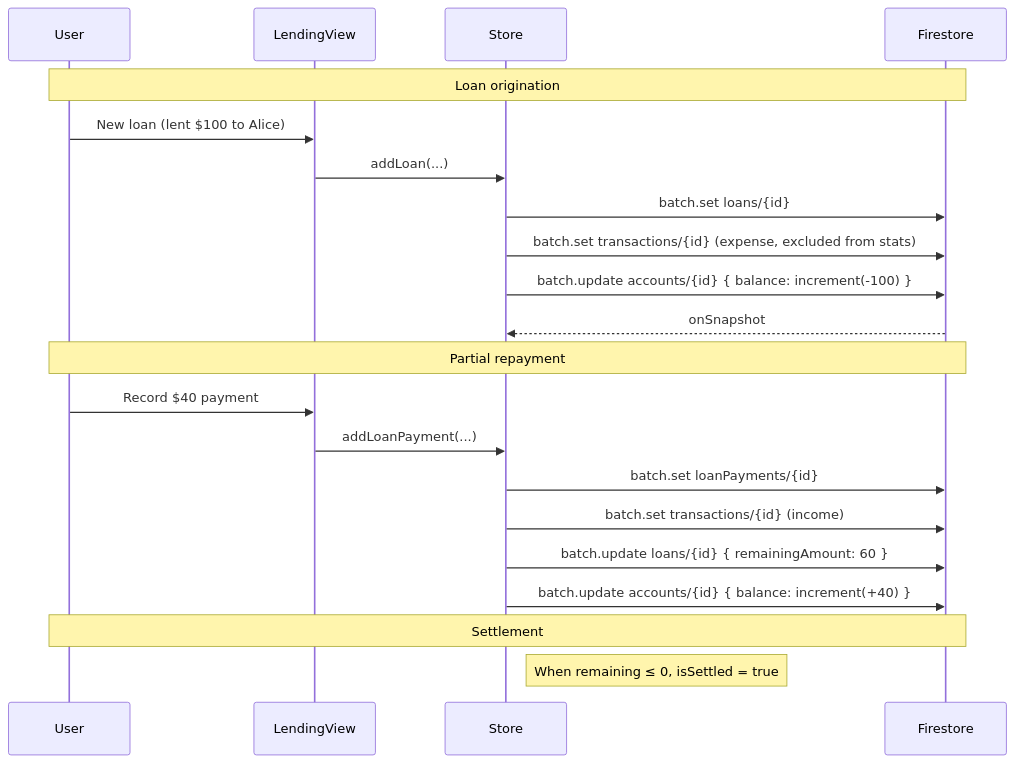
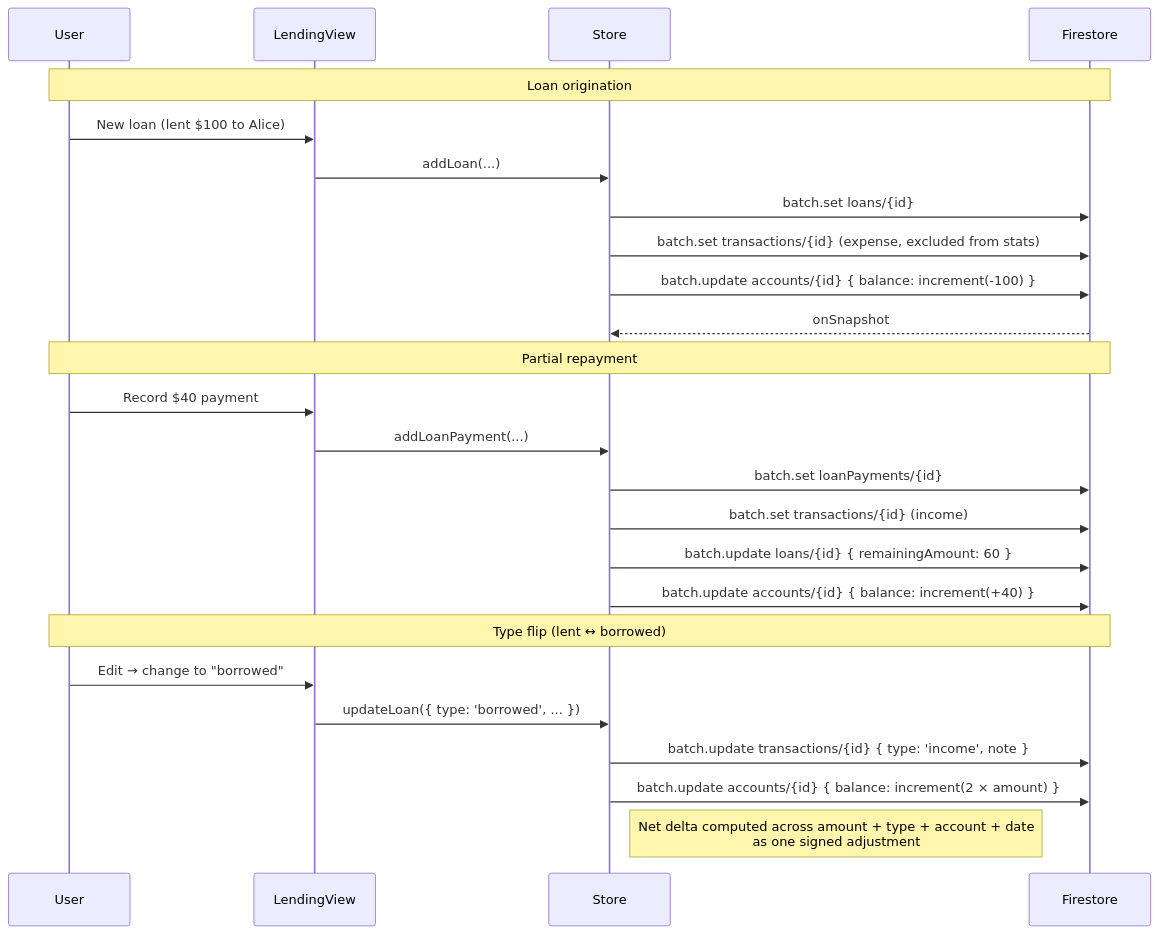
Before and after one commit to kalmux1/Kalcy: the fifth of 10 diagrams in README.md, drawn with Mermaid. The commit also changed other lines of this file and 1 other file, not shown here.

````diff
--- a/README.md
+++ b/README.md
@@ -531,26 +608,30 @@
 ```mermaid
 sequenceDiagram
     participant U as User
     participant LV as LendingView
     participant S as Store
     participant FS as Firestore
 
     Note over U,FS: Loan origination
     U->>LV: New loan (lent $100 to Alice)
     LV->>S: addLoan(...)
     S->>FS: batch.set loans/{id}
-    S->>FS: batch.set transactions/{id}  (expense, excluded from stats)
-    S->>FS: batch.update accounts/{id}  { balance: increment(-100) }
+    S->>FS: batch.set transactions/{id} (expense, excluded from stats)
+    S->>FS: batch.update accounts/{id} { balance: increment(-100) }
     FS-->>S: onSnapshot
 
     Note over U,FS: Partial repayment
     U->>LV: Record $40 payment
     LV->>S: addLoanPayment(...)
     S->>FS: batch.set loanPayments/{id}
-    S->>FS: batch.set transactions/{id}  (income)
-    S->>FS: batch.update loans/{id}  { remainingAmount: 60 }
-    S->>FS: batch.update accounts/{id}  { balance: increment(+40) }
+    S->>FS: batch.set transactions/{id} (income)
+    S->>FS: batch.update loans/{id} { remainingAmount: 60 }
+    S->>FS: batch.update accounts/{id} { balance: increment(+40) }
 
-    Note over U,FS: Settlement
-    Note right of S: When remaining ≤ 0, isSettled = true
+    Note over U,FS: Type flip (lent ↔ borrowed)
+    U->>LV: Edit → change to "borrowed"
+    LV->>S: updateLoan({ type: 'borrowed', ... })
+    S->>FS: batch.update transactions/{id} { type: 'income', note }
+    S->>FS: batch.update accounts/{id} { balance: increment(2 × amount) }
+    Note right of S: Net delta computed across amount + type + account + date<br/>as one signed adjustment
 ```
````
